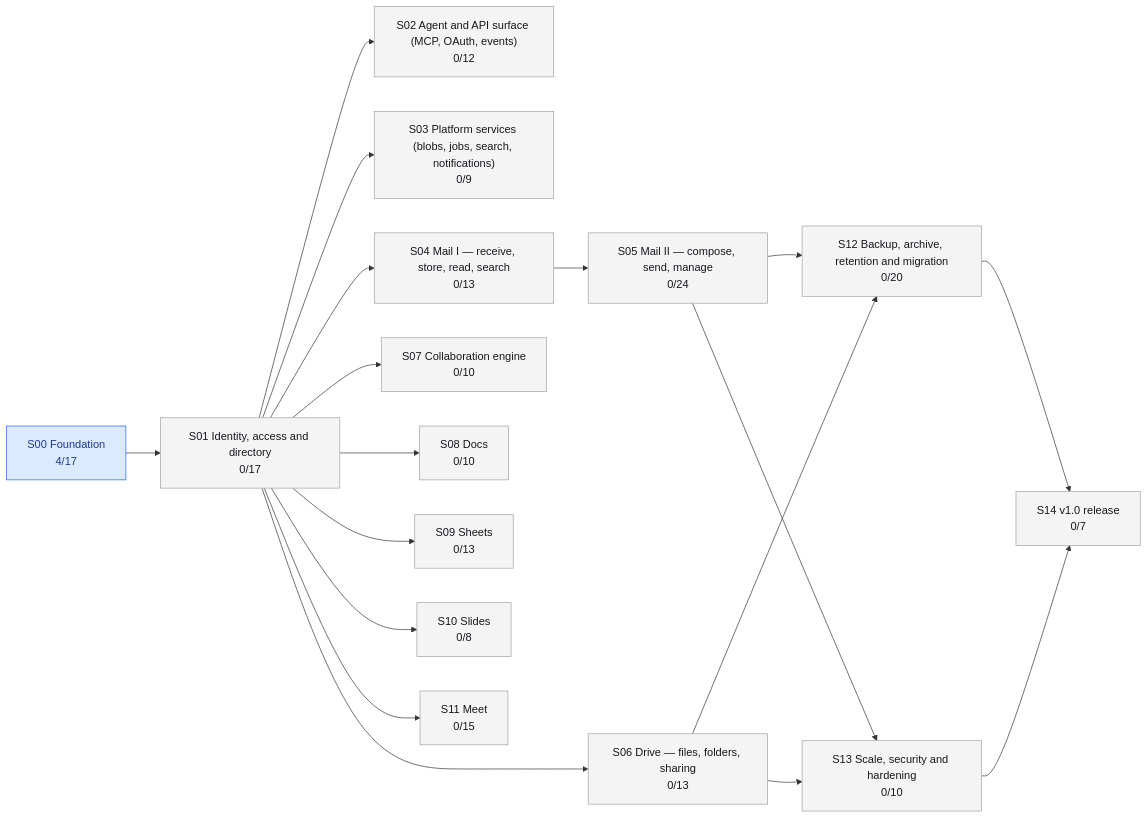
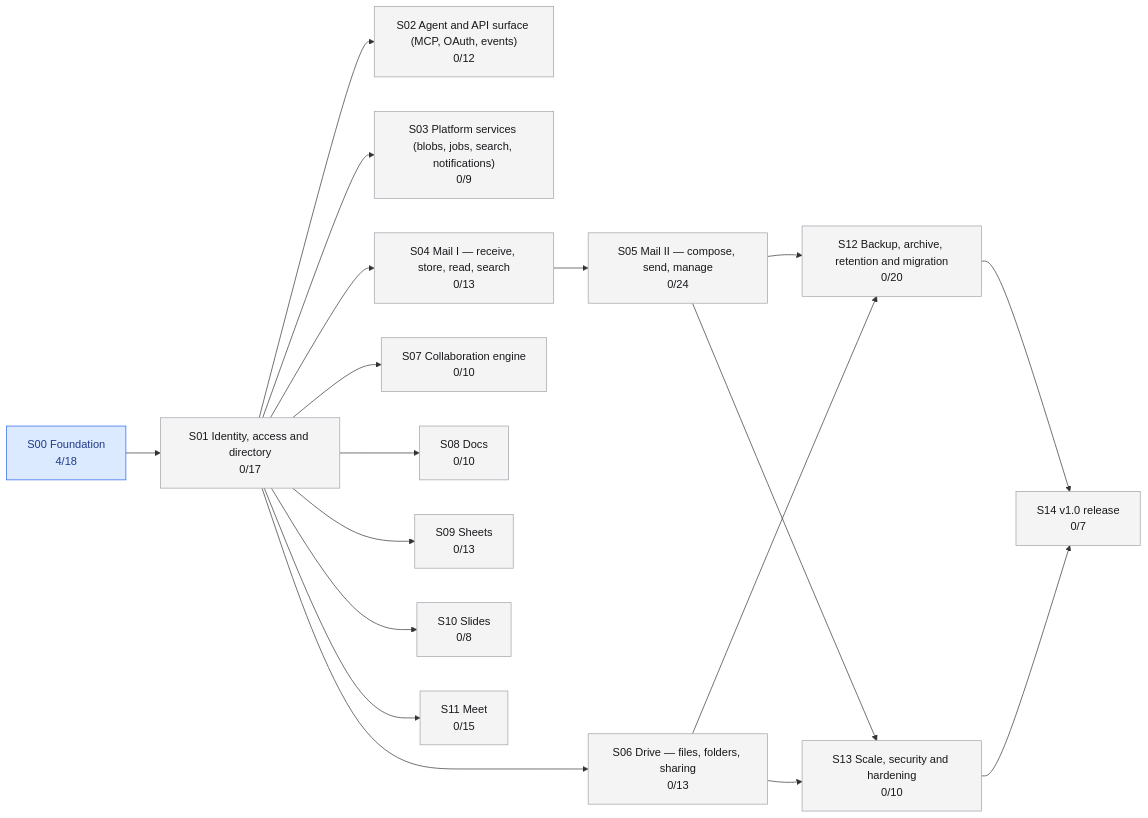
One commit to jaredwray/soldock changed the diagram in plan/STATUS.md. Above: the diagram before and after it, drawn with Mermaid. The commit also changed other lines of this file and 4 other files, not shown here.

````diff
--- a/plan/STATUS.md
+++ b/plan/STATUS.md
@@ -55,38 +56,38 @@
 ```mermaid
 graph LR
-  S00["S00 Foundation<br/>4/17"]:::active
+  S00["S00 Foundation<br/>4/18"]:::active
   S01["S01 Identity, access and directory<br/>0/17"]:::planned
   S02["S02 Agent and API surface (MCP, OAuth, events)<br/>0/12"]:::planned
   S03["S03 Platform services (blobs, jobs, search, notifications)<br/>0/9"]:::planned
   S04["S04 Mail I — receive, store, read, search<br/>0/13"]:::planned
   S05["S05 Mail II — compose, send, manage<br/>0/24"]:::planned
   S06["S06 Drive — files, folders, sharing<br/>0/13"]:::planned
   S07["S07 Collaboration engine<br/>0/10"]:::planned
   S08["S08 Docs<br/>0/10"]:::planned
   S09["S09 Sheets<br/>0/13"]:::planned
   S10["S10 Slides<br/>0/8"]:::planned
   S11["S11 Meet<br/>0/15"]:::planned
   S12["S12 Backup, archive, retention and migration<br/>0/20"]:::planned
   S13["S13 Scale, security and hardening<br/>0/10"]:::planned
   S14["S14 v1.0 release<br/>0/7"]:::planned
   S00 --> S01
   S01 --> S02
   S01 --> S03
   S01 --> S04
   S04 --> S05
   S01 --> S06
   S01 --> S07
   S01 --> S08
   S01 --> S09
   S01 --> S10
   S01 --> S11
   S05 --> S12
   S06 --> S12
   S05 --> S13
   S06 --> S13
   S12 --> S14
   S13 --> S14
   classDef planned fill:#f4f4f5,stroke:#a1a1aa,color:#18181b
   classDef active fill:#dbeafe,stroke:#2563eb,color:#1e3a8a
   classDef done fill:#dcfce7,stroke:#16a34a,color:#14532d
 ```
````
